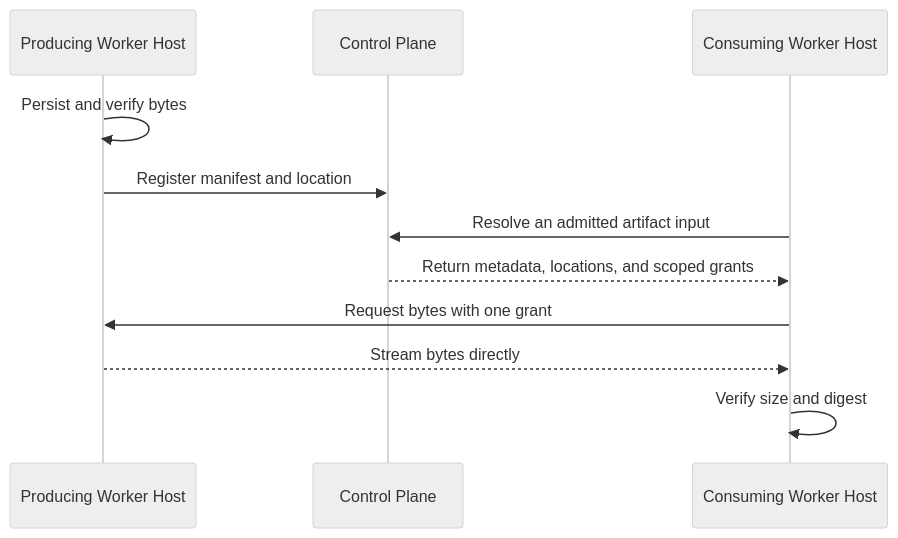
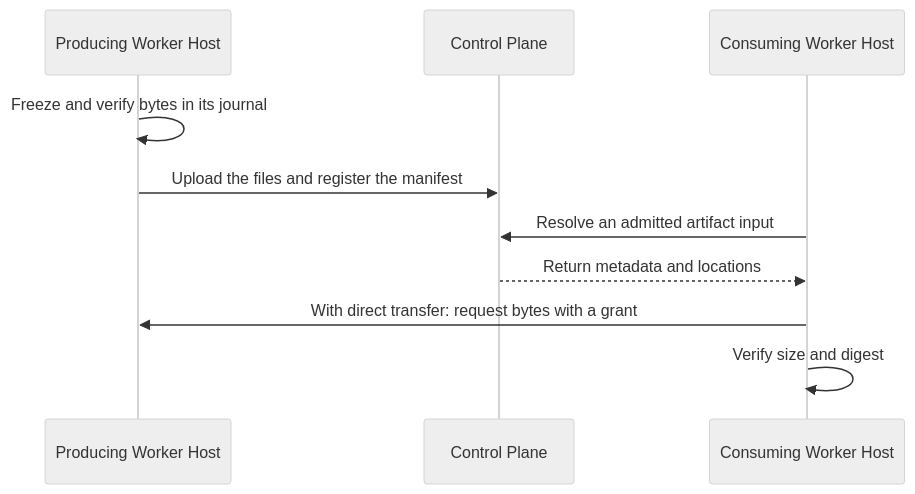
Before and after one commit to atemaguer/supertag: the diagram in docs/reference/artifacts.md, drawn with Mermaid (neutral theme). The commit also changed other lines of this file and 13 other files, not shown here.

````diff
--- a/docs/reference/artifacts.md
+++ b/docs/reference/artifacts.md
@@ -26,14 +23,13 @@
 ```mermaid
 sequenceDiagram
     participant Producer as Producing Worker Host
     participant Control as Control Plane
     participant Consumer as Consuming Worker Host
 
-    Producer->>Producer: Persist and verify bytes
-    Producer->>Control: Register manifest and location
+    Producer->>Producer: Freeze and verify bytes in its journal
+    Producer->>Control: Upload the files and register the manifest
     Consumer->>Control: Resolve an admitted artifact input
-    Control-->>Consumer: Return metadata, locations, and scoped grants
-    Consumer->>Producer: Request bytes with one grant
-    Producer-->>Consumer: Stream bytes directly
+    Control-->>Consumer: Return metadata and locations
+    Consumer->>Producer: With direct transfer: request bytes with a grant
     Consumer->>Consumer: Verify size and digest
 ```
````
